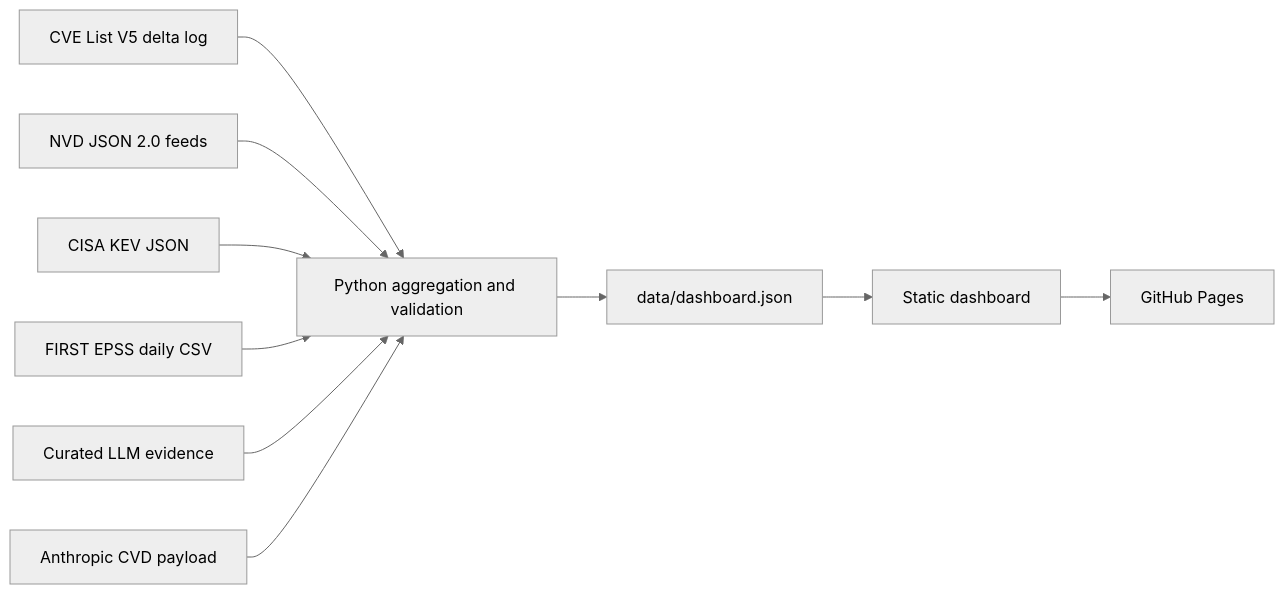
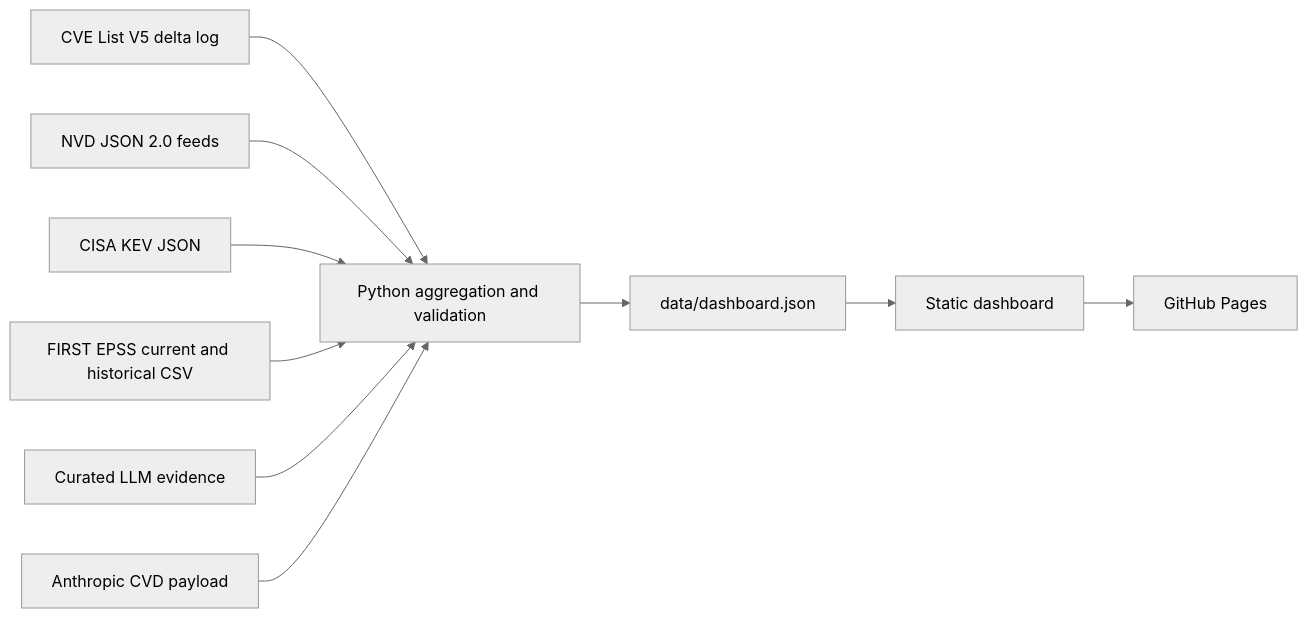
One commit to llody9977/vulnsignal changed the diagram in README.md. Above: the diagram before and after it, drawn with Mermaid (neutral theme). The commit also changed other lines of this file and 23 other files, not shown here.

````diff
--- a/README.md
+++ b/README.md
@@ -77,12 +88,12 @@
 ```mermaid
 flowchart LR
   CVE["CVE List V5 delta log"] --> Sync["Python aggregation and validation"]
   NVD["NVD JSON 2.0 feeds"] --> Sync
   KEV["CISA KEV JSON"] --> Sync
-  EPSS["FIRST EPSS daily CSV"] --> Sync
+  EPSS["FIRST EPSS current and historical CSV"] --> Sync
   Evidence["Curated LLM evidence"] --> Sync
   Anthropic["Anthropic CVD payload"] --> Sync
   Sync --> Dataset["data/dashboard.json"]
   Dataset --> App["Static dashboard"]
   App --> Pages["GitHub Pages"]
 ```
````
